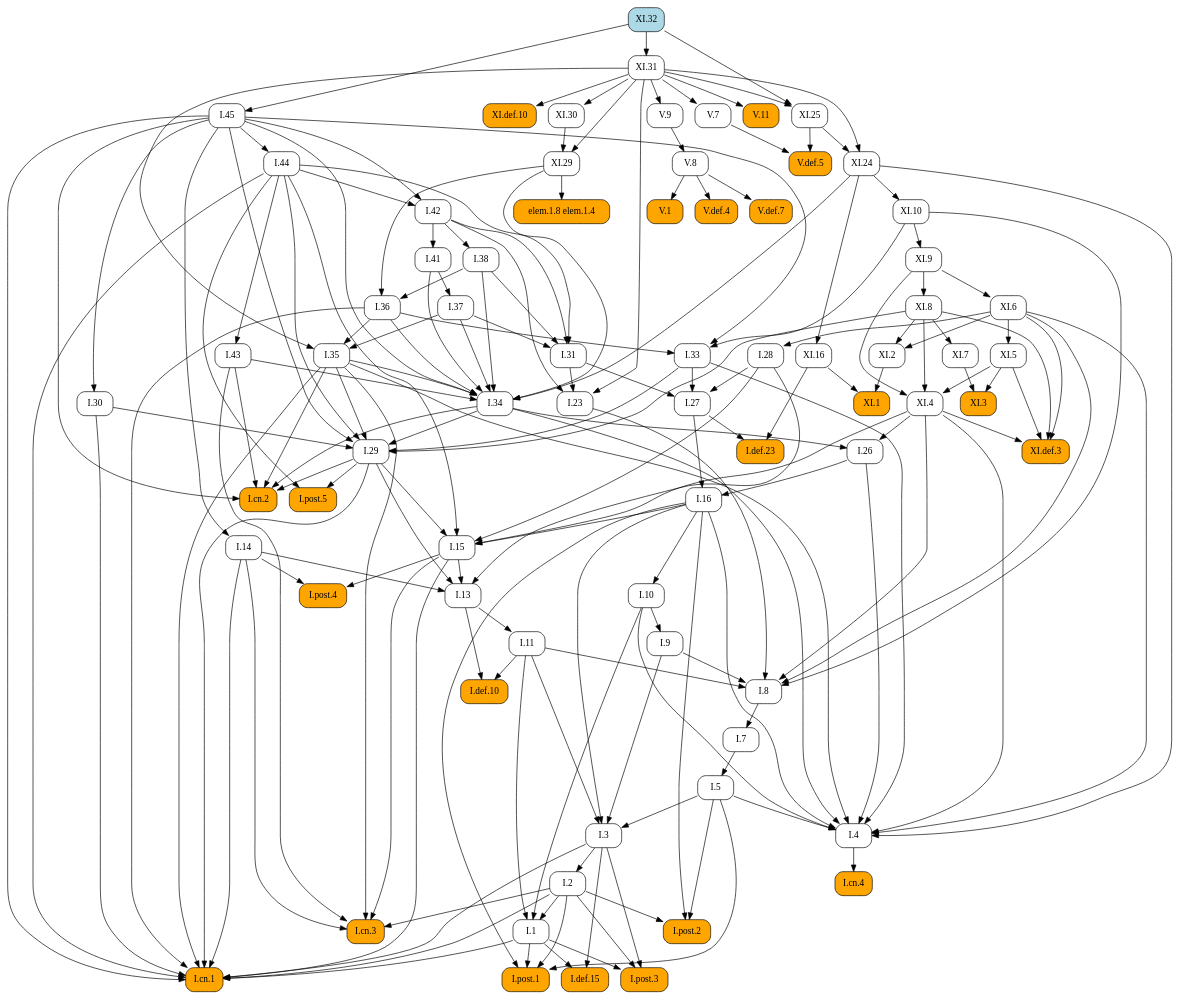
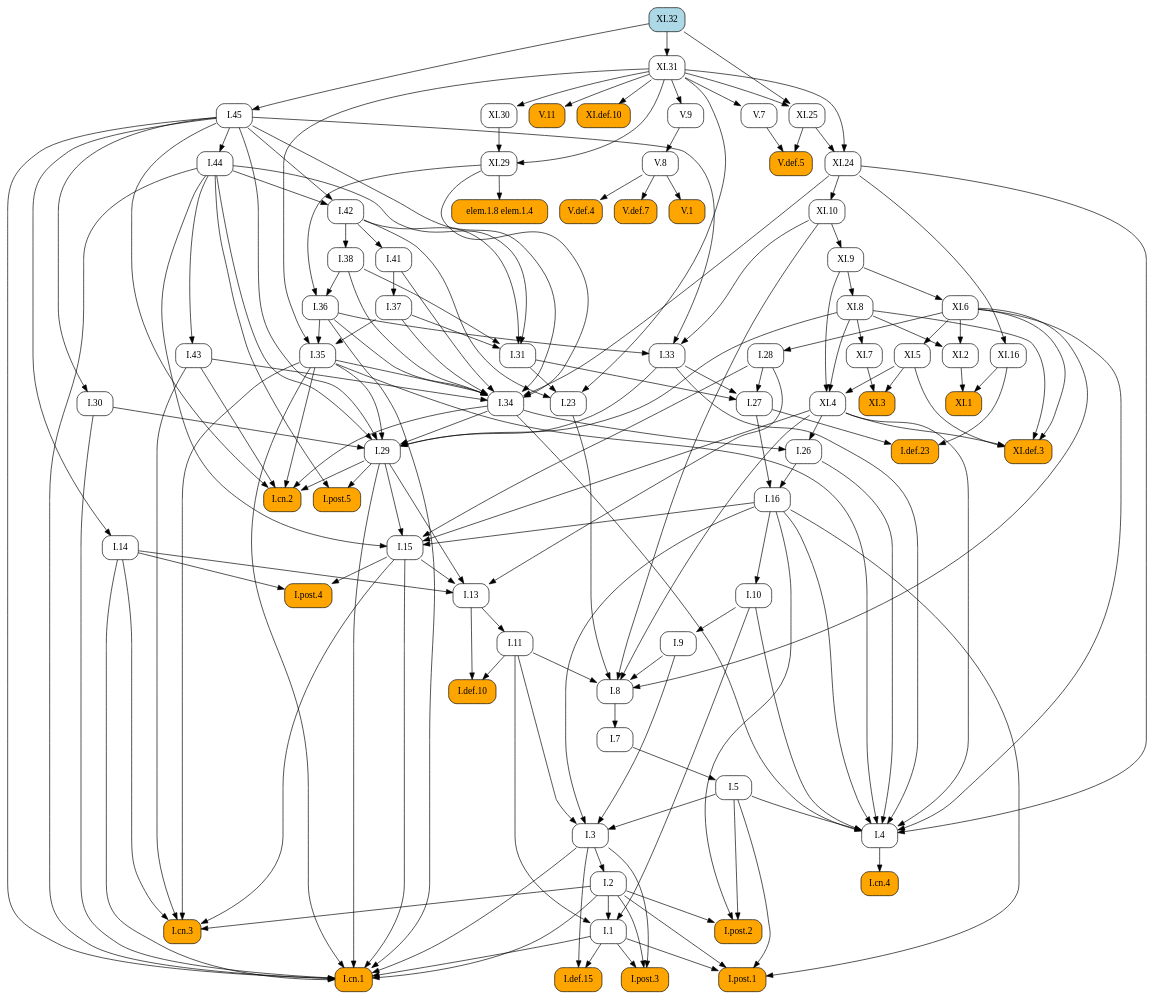
One commit to geometor/elements changed the diagram in docsrc/heath/XI/32/index.rst. Above: the diagram before and after it, drawn with Graphviz. The commit also changed other lines of this file and 484 other files, not shown here.

```diff
--- a/docsrc/heath/XI/32/index.rst
+++ b/docsrc/heath/XI/32/index.rst
@@ -36,117 +36,109 @@
    digraph {
      rankdir="TB";
      node [shape=box, style=rounded];
+     "I.23" [URL="/heath/I/23/", target="_top"];
+     "I.9" [URL="/heath/I/9/", target="_top"];
+     "I.def.15" [style="rounded,filled", fillcolor=orange, URL="/heath/I/def.15/", target="_top"];
+     "XI.24" [URL="/heath/XI/24/", target="_top"];
+     "V.7" [URL="/heath/V/7/", target="_top"];
+     "XI.6" [URL="/heath/XI/6/", target="_top"];
+     "I.post.1" [style="rounded,filled", fillcolor=orange, URL="/heath/I/post.1/", target="_top"];
+     "I.43" [URL="/heath/I/43/", target="_top"];
+     "V.9" [URL="/heath/V/9/", target="_top"];
+     "I.30" [URL="/heath/I/30/", target="_top"];
+     "I.31" [URL="/heath/I/31/", target="_top"];
      "I.def.10" [style="rounded,filled", fillcolor=orange, URL="/heath/I/def.10/", target="_top"];
+     "XI.def.3" [style="rounded,filled", fillcolor=orange, URL="/heath/XI/def.3/", target="_top"];
+     "XI.10" [URL="/heath/XI/10/", target="_top"];
+     "elem.1.8 elem.1.4" [style="rounded,filled", fillcolor=orange];
+     "I.14" [URL="/heath/I/14/", target="_top"];
+     "V.11" [style="rounded,filled", fillcolor=orange, URL="/heath/V/11/", target="_top"];
+     "I.34" [URL="/heath/I/34/", target="_top"];
+     "XI.2" [URL="/heath/XI/2/", target="_top"];
+     "I.3" [URL="/heath/I/3/", target="_top"];
+     "V.def.4" [style="rounded,filled", fillcolor=orange, URL="/heath/V/def.4/", target="_top"];
+     "XI.7" [URL="/heath/XI/7/", target="_top"];
+     "V.def.7" [style="rounded,filled", fillcolor=orange, URL="/heath/V/def.7/", target="_top"];
+     "I.2" [URL="/heath/I/2/", target="_top"];
+     "I.13" [URL="/heath/I/13/", target="_top"];
+     "I.post.4" [style="rounded,filled", fillcolor=orange, URL="/heath/I/post.4/", target="_top"];
+     "I.4" [URL="/heath/I/4/", target="_top"];
+     "I.1" [URL="/heath/I/1/", target="_top"];
+     "XI.16" [URL="/heath/XI/16/", target="_top"];
+     "I.8" [URL="/heath/I/8/", target="_top"];
+     "I.45" [URL="/heath/I/45/", target="_top"];
+     "I.29" [URL="/heath/I/29/", target="_top"];
+     "XI.31" [URL="/heath/XI/31/", target="_top"];
+     "XI.5" [URL="/heath/XI/5/", target="_top"];
+     "I.38" [URL="/heath/I/38/", target="_top"];
+     "V.8" [URL="/heath/V/8/", target="_top"];
+     "I.15" [URL="/heath/I/15/", target="_top"];
+     "I.10" [URL="/heath/I/10/", target="_top"];
      "I.11" [URL="/heath/I/11/", target="_top"];
-     "I.post.4" [style="rounded,filled", fillcolor=orange, URL="/heath/I/post.4/", target="_top"];
-     "I.1" [URL="/heath/I/1/", target="_top"];
+     "I.def.23" [style="rounded,filled", fillcolor=orange, URL="/heath/I/def.23/", target="_top"];
+     "I.44" [URL="/heath/I/44/", target="_top"];
+     "XI.1" [style="rounded,filled", fillcolor=orange, URL="/heath/XI/1/", target="_top"];
+     "I.26" [URL="/heath/I/26/", target="_top"];
+     "I.33" [URL="/heath/I/33/", target="_top"];
+     "XI.4" [URL="/heath/XI/4/", target="_top"];
+     "XI.8" [URL="/heath/XI/8/", target="_top"];
+     "I.post.3" [style="rounded,filled", fillcolor=orange, URL="/heath/I/post.3/", target="_top"];
+     "V.def.5" [style="rounded,filled", fillcolor=orange, URL="/heath/V/def.5/", target="_top"];
+     "XI.3" [style="rounded,filled", fillcolor=orange, URL="/heath/XI/3/", target="_top"];
+     "I.42" [URL="/heath/I/42/", target="_top"];
+     "XI.def.10" [style="rounded,filled", fillcolor=orange, URL="/heath/XI/def.10/", target="_top"];
+     "I.27" [URL="/heath/I/27/", target="_top"];
+     "I.35" [URL="/heath/I/35/", target="_top"];
+     "I.cn.1" [style="rounded,filled", fillcolor=orange, URL="/heath/I/cn.1/", target="_top"];
+     "I.7" [URL="/heath/I/7/", target="_top"];
+     "I.36" [URL="/heath/I/36/", target="_top"];
+     "I.5" [URL="/heath/I/5/", target="_top"];
+     "I.37" [URL="/heath/I/37/", target="_top"];
+     "I.cn.3" [style="rounded,filled", fillcolor=orange, URL="/heath/I/cn.3/", target="_top"];
+     "I.16" [URL="/heath/I/16/", target="_top"];
+     "XI.29" [URL="/heath/XI/29/", target="_top"];
+     "V.1" [style="rounded,filled", fillcolor=orange, URL="/heath/V/1/", target="_top"];
+     "XI.9" [URL="/heath/XI/9/", target="_top"];
+     "I.cn.2" [style="rounded,filled", fillcolor=orange, URL="/heath/I/cn.2/", target="_top"];
+     "I.post.5" [style="rounded,filled", fillcolor=orange, URL="/heath/I/post.5/", target="_top"];
      "I.28" [URL="/heath/I/28/", target="_top"];
-     "XI.7" [URL="/heath/XI/7/", target="_top"];
-     "V.def.5" [style="rounded,filled", fillcolor=orange, URL="/heath/V/def.5/", target="_top"];
-     "XI.9" [URL="/heath/XI/9/", target="_top"];
-     "XI.8" [URL="/heath/XI/8/", target="_top"];
-     "V.11" [style="rounded,filled", fillcolor=orange, URL="/heath/V/11/", target="_top"];
-     "I.post.3" [style="rounded,filled", fillcolor=orange, URL="/heath/I/post.3/", target="_top"];
-     "XI.1" [style="rounded,filled", fillcolor=orange, URL="/heath/XI/1/", target="_top"];
-     "I.cn.3" [style="rounded,filled", fillcolor=orange, URL="/heath/I/cn.3/", target="_top"];
+     "I.cn.4" [style="rounded,filled", fillcolor=orange, URL="/heath/I/cn.4/", target="_top"];
+     "I.41" [URL="/heath/I/41/", target="_top"];
+     "I.post.2" [style="rounded,filled", fillcolor=orange, URL="/heath/I/post.2/", target="_top"];
+     "XI.30" [URL="/heath/XI/30/", target="_top"];
+     "XI.32" [style="rounded,filled", fillcolor=lightblue, URL="/heath/XI/32/", target="_top"];
      "XI.25" [URL="/heath/XI/25/", target="_top"];
-     "I.14" [URL="/heath/I/14/", target="_top"];
-     "XI.2" [URL="/heath/XI/2/", target="_top"];
-     "XI.16" [URL="/heath/XI/16/", target="_top"];
-     "XI.31" [URL="/heath/XI/31/", target="_top"];
-     "I.27" [URL="/heath/I/27/", target="_top"];
-     "I.41" [URL="/heath/I/41/", target="_top"];
-     "V.8" [URL="/heath/V/8/", target="_top"];
-     "I.36" [URL="/heath/I/36/", target="_top"];
-     "I.34" [URL="/heath/I/34/", target="_top"];
-     "I.37" [URL="/heath/I/37/", target="_top"];
-     "I.2" [URL="/heath/I/2/", target="_top"];
-     "I.def.23" [style="rounded,filled", fillcolor=orange, URL="/heath/I/def.23/", target="_top"];
-     "elem.1.8 elem.1.4" [style="rounded,filled", fillcolor=orange];
-     "XI.32" [style="rounded,filled", fillcolor=lightblue, URL="/heath/XI/32/", target="_top"];
-     "I.33" [URL="/heath/I/33/", target="_top"];
-     "I.post.2" [style="rounded,filled", fillcolor=orange, URL="/heath/I/post.2/", target="_top"];
-     "I.45" [URL="/heath/I/45/", target="_top"];
-     "I.42" [URL="/heath/I/42/", target="_top"];
-     "I.9" [URL="/heath/I/9/", target="_top"];
-     "I.cn.4" [style="rounded,filled", fillcolor=orange, URL="/heath/I/cn.4/", target="_top"];
-     "V.def.4" [style="rounded,filled", fillcolor=orange, URL="/heath/V/def.4/", target="_top"];
-     "I.15" [URL="/heath/I/15/", target="_top"];
-     "I.38" [URL="/heath/I/38/", target="_top"];
-     "V.def.7" [style="rounded,filled", fillcolor=orange, URL="/heath/V/def.7/", target="_top"];
-     "I.5" [URL="/heath/I/5/", target="_top"];
-     "XI.def.3" [style="rounded,filled", fillcolor=orange, URL="/heath/XI/def.3/", target="_top"];
-     "I.26" [URL="/heath/I/26/", target="_top"];
-     "I.29" [URL="/heath/I/29/", target="_top"];
-     "I.cn.2" [style="rounded,filled", fillcolor=orange, URL="/heath/I/cn.2/", target="_top"];
-     "XI.30" [URL="/heath/XI/30/", target="_top"];
-     "I.def.15" [style="rounded,filled", fillcolor=orange, URL="/heath/I/def.15/", target="_top"];
-     "XI.5" [URL="/heath/XI/5/", target="_top"];
-     "I.cn.1" [style="rounded,filled", fillcolor=orange, URL="/heath/I/cn.1/", target="_top"];
-     "I.30" [URL="/heath/I/30/", target="_top"];
-     "V.7" [URL="/heath/V/7/", target="_top"];
-     "XI.29" [URL="/heath/XI/29/", target="_top"];
-     "V.9" [URL="/heath/V/9/", target="_top"];
-     "I.23" [URL="/heath/I/23/", target="_top"];
-     "I.43" [URL="/heath/I/43/", target="_top"];
-     "I.post.1" [style="rounded,filled", fillcolor=orange, URL="/heath/I/post.1/", target="_top"];
-     "XI.6" [URL="/heath/XI/6/", target="_top"];
-     "I.35" [URL="/heath/I/35/", target="_top"];
-     "I.7" [URL="/heath/I/7/", target="_top"];
-     "I.3" [URL="/heath/I/3/", target="_top"];
-     "I.4" [URL="/heath/I/4/", target="_top"];
-     "I.13" [URL="/heath/I/13/", target="_top"];
-     "XI.def.10" [style="rounded,filled", fillcolor=orange, URL="/heath/XI/def.10/", target="_top"];
-     "I.31" [URL="/heath/I/31/", target="_top"];
-     "V.1" [style="rounded,filled", fillcolor=orange, URL="/heath/V/1/", target="_top"];
-     "I.16" [URL="/heath/I/16/", target="_top"];
-     "I.8" [URL="/heath/I/8/", target="_top"];
-     "XI.4" [URL="/heath/XI/4/", target="_top"];
-     "XI.24" [URL="/heath/XI/24/", target="_top"];
-     "I.44" [URL="/heath/I/44/", target="_top"];
-     "I.post.5" [style="rounded,filled", fillcolor=orange, URL="/heath/I/post.5/", target="_top"];
-     "I.10" [URL="/heath/I/10/", target="_top"];
-     "XI.10" [URL="/heath/XI/10/", target="_top"];
-     "XI.3" [style="rounded,filled", fillcolor=orange, URL="/heath/XI/3/", target="_top"];
+     "I.31" -> "I.23";
+     "I.42" -> "I.23";
+     "XI.31" -> "I.23";
+     "I.10" -> "I.9";
+     "I.1" -> "I.def.15";
+     "I.3" -> "I.def.15";
+     "XI.25" -> "XI.24";
+     "XI.31" -> "XI.24";
+     "XI.31" -> "V.7";
+     "XI.9" -> "XI.6";
+     "I.1" -> "I.post.1";
+     "I.2" -> "I.post.1";
+     "I.5" -> "I.post.1";
+     "I.16" -> "I.post.1";
+     "I.44" -> "I.43";
+     "XI.31" -> "V.9";
+     "I.45" -> "I.30";
+     "I.37" -> "I.31";
+     "I.38" -> "I.31";
+     "I.42" -> "I.31";
+     "I.44" -> "I.31";
      "I.11" -> "I.def.10";
      "I.13" -> "I.def.10";
-     "I.13" -> "I.11";
-     "I.14" -> "I.post.4";
-     "I.15" -> "I.post.4";
-     "I.2" -> "I.1";
-     "I.10" -> "I.1";
-     "I.11" -> "I.1";
-     "XI.6" -> "I.28";
-     "XI.8" -> "XI.7";
-     "V.7" -> "V.def.5";
-     "XI.25" -> "V.def.5";
-     "XI.10" -> "XI.9";
-     "XI.9" -> "XI.8";
+     "XI.4" -> "XI.def.3";
+     "XI.5" -> "XI.def.3";
+     "XI.6" -> "XI.def.3";
+     "XI.8" -> "XI.def.3";
+     "XI.24" -> "XI.10";
+     "XI.29" -> "elem.1.8 elem.1.4";
+     "I.45" -> "I.14";
      "XI.31" -> "V.11";
-     "I.1" -> "I.post.3";
-     "I.2" -> "I.post.3";
-     "I.3" -> "I.post.3";
-     "XI.2" -> "XI.1";
-     "XI.16" -> "XI.1";
-     "I.2" -> "I.cn.3";
-     "I.14" -> "I.cn.3";
-     "I.15" -> "I.cn.3";
-     "I.35" -> "I.cn.3";
-     "I.43" -> "I.cn.3";
-     "XI.31" -> "XI.25";
-     "XI.32" -> "XI.25";
-     "I.45" -> "I.14";
-     "XI.6" -> "XI.2";
-     "XI.8" -> "XI.2";
-     "XI.24" -> "XI.16";
-     "XI.32" -> "XI.31";
-     "I.28" -> "I.27";
-     "I.31" -> "I.27";
-     "I.33" -> "I.27";
-     "I.42" -> "I.41";
-     "V.9" -> "V.8";
-     "I.38" -> "I.36";
-     "XI.29" -> "I.36";
      "I.35" -> "I.34";
      "I.36" -> "I.34";
      "I.37" -> "I.34";
@@ -156,37 +148,43 @@
      "I.45" -> "I.34";
      "XI.24" -> "I.34";
      "XI.29" -> "I.34";
-     "I.41" -> "I.37";
+     "XI.6" -> "XI.2";
+     "XI.8" -> "XI.2";
+     "I.5" -> "I.3";
+     "I.9" -> "I.3";
+     "I.11" -> "I.3";
+     "I.16" -> "I.3";
+     "V.8" -> "V.def.4";
+     "XI.8" -> "XI.7";
+     "V.8" -> "V.def.7";
      "I.3" -> "I.2";
-     "I.27" -> "I.def.23";
-     "XI.16" -> "I.def.23";
-     "XI.29" -> "elem.1.8 elem.1.4";
-     "I.36" -> "I.33";
-     "I.45" -> "I.33";
-     "XI.10" -> "I.33";
-     "I.2" -> "I.post.2";
-     "I.5" -> "I.post.2";
-     "I.16" -> "I.post.2";
+     "I.14" -> "I.13";
+     "I.15" -> "I.13";
+     "I.28" -> "I.13";
+     "I.29" -> "I.13";
+     "I.14" -> "I.post.4";
+     "I.15" -> "I.post.4";
+     "I.5" -> "I.4";
+     "I.10" -> "I.4";
+     "I.16" -> "I.4";
+     "I.26" -> "I.4";
+     "I.33" -> "I.4";
+     "I.34" -> "I.4";
+     "I.35" -> "I.4";
+     "XI.4" -> "I.4";
+     "XI.6" -> "I.4";
+     "XI.24" -> "I.4";
+     "I.2" -> "I.1";
+     "I.10" -> "I.1";
+     "I.11" -> "I.1";
+     "XI.24" -> "XI.16";
+     "I.9" -> "I.8";
+     "I.11" -> "I.8";
+     "I.23" -> "I.8";
+     "XI.4" -> "I.8";
+     "XI.6" -> "I.8";
+     "XI.10" -> "I.8";
      "XI.32" -> "I.45";
-     "I.44" -> "I.42";
-     "I.45" -> "I.42";
-     "I.10" -> "I.9";
-     "I.4" -> "I.cn.4";
-     "V.8" -> "V.def.4";
-     "I.16" -> "I.15";
-     "I.28" -> "I.15";
-     "I.29" -> "I.15";
-     "I.44" -> "I.15";
-     "XI.4" -> "I.15";
-     "I.42" -> "I.38";
-     "V.8" -> "V.def.7";
-     "I.7" -> "I.5";
-     "XI.4" -> "XI.def.3";
-     "XI.5" -> "XI.def.3";
-     "XI.6" -> "XI.def.3";
-     "XI.8" -> "XI.def.3";
-     "I.34" -> "I.26";
-     "XI.4" -> "I.26";
      "I.30" -> "I.29";
      "I.33" -> "I.29";
      "I.34" -> "I.29";
@@ -194,15 +192,47 @@
      "I.44" -> "I.29";
      "I.45" -> "I.29";
      "XI.8" -> "I.29";
-     "I.29" -> "I.cn.2";
-     "I.34" -> "I.cn.2";
-     "I.35" -> "I.cn.2";
-     "I.43" -> "I.cn.2";
-     "I.45" -> "I.cn.2";
-     "XI.31" -> "XI.30";
-     "I.1" -> "I.def.15";
-     "I.3" -> "I.def.15";
+     "XI.32" -> "XI.31";
      "XI.6" -> "XI.5";
+     "I.42" -> "I.38";
+     "V.9" -> "V.8";
+     "I.16" -> "I.15";
+     "I.28" -> "I.15";
+     "I.29" -> "I.15";
+     "I.44" -> "I.15";
+     "XI.4" -> "I.15";
+     "I.16" -> "I.10";
+     "I.13" -> "I.11";
+     "I.27" -> "I.def.23";
+     "XI.16" -> "I.def.23";
+     "I.45" -> "I.44";
+     "XI.2" -> "XI.1";
+     "XI.16" -> "XI.1";
+     "I.34" -> "I.26";
+     "XI.4" -> "I.26";
+     "I.36" -> "I.33";
+     "I.45" -> "I.33";
+     "XI.10" -> "I.33";
+     "XI.5" -> "XI.4";
+     "XI.8" -> "XI.4";
+     "XI.9" -> "XI.4";
+     "XI.9" -> "XI.8";
+     "I.1" -> "I.post.3";
+     "I.2" -> "I.post.3";
+     "I.3" -> "I.post.3";
+     "V.7" -> "V.def.5";
+     "XI.25" -> "V.def.5";
+     "XI.5" -> "XI.3";
+     "XI.7" -> "XI.3";
+     "I.44" -> "I.42";
+     "I.45" -> "I.42";
+     "XI.31" -> "XI.def.10";
+     "I.28" -> "I.27";
+     "I.31" -> "I.27";
+     "I.33" -> "I.27";
+     "I.36" -> "I.35";
+     "I.37" -> "I.35";
+     "XI.31" -> "I.35";
      "I.1" -> "I.cn.1";
      "I.2" -> "I.cn.1";
      "I.3" -> "I.cn.1";
@@ -214,66 +244,36 @@
      "I.36" -> "I.cn.1";
      "I.44" -> "I.cn.1";
      "I.45" -> "I.cn.1";
-     "I.45" -> "I.30";
-     "XI.31" -> "V.7";
+     "I.8" -> "I.7";
+     "I.38" -> "I.36";
+     "XI.29" -> "I.36";
+     "I.7" -> "I.5";
+     "I.41" -> "I.37";
+     "I.2" -> "I.cn.3";
+     "I.14" -> "I.cn.3";
+     "I.15" -> "I.cn.3";
+     "I.35" -> "I.cn.3";
+     "I.43" -> "I.cn.3";
+     "I.26" -> "I.16";
+     "I.27" -> "I.16";
      "XI.30" -> "XI.29";
      "XI.31" -> "XI.29";
-     "XI.31" -> "V.9";
-     "I.31" -> "I.23";
-     "I.42" -> "I.23";
-     "XI.31" -> "I.23";
-     "I.44" -> "I.43";
-     "I.1" -> "I.post.1";
-     "I.2" -> "I.post.1";
-     "I.5" -> "I.post.1";
-     "I.16" -> "I.post.1";
-     "XI.9" -> "XI.6";
-     "I.36" -> "I.35";
-     "I.37" -> "I.35";
-     "XI.31" -> "I.35";
-     "I.8" -> "I.7";
-     "I.5" -> "I.3";
-     "I.9" -> "I.3";
-     "I.11" -> "I.3";
-     "I.16" -> "I.3";
-     "I.5" -> "I.4";
-     "I.10" -> "I.4";
-     "I.16" -> "I.4";
-     "I.26" -> "I.4";
-     "I.33" -> "I.4";
-     "I.34" -> "I.4";
-     "I.35" -> "I.4";
-     "XI.4" -> "I.4";
-     "XI.6" -> "I.4";
-     "XI.24" -> "I.4";
-     "I.14" -> "I.13";
-     "I.15" -> "I.13";
-     "I.28" -> "I.13";
-     "I.29" -> "I.13";
-     "XI.31" -> "XI.def.10";
-     "I.37" -> "I.31";
-     "I.38" -> "I.31";
-     "I.42" -> "I.31";
-     "I.44" -> "I.31";
      "V.8" -> "V.1";
-     "I.26" -> "I.16";
-     "I.27" -> "I.16";
-     "I.9" -> "I.8";
-     "I.11" -> "I.8";
-     "I.23" -> "I.8";
-     "XI.4" -> "I.8";
-     "XI.6" -> "I.8";
-     "XI.10" -> "I.8";
-     "XI.5" -> "XI.4";
-     "XI.8" -> "XI.4";
-     "XI.9" -> "XI.4";
-     "XI.25" -> "XI.24";
-     "XI.31" -> "XI.24";
-     "I.45" -> "I.44";
+     "XI.10" -> "XI.9";
+     "I.29" -> "I.cn.2";
+     "I.34" -> "I.cn.2";
+     "I.35" -> "I.cn.2";
+     "I.43" -> "I.cn.2";
+     "I.45" -> "I.cn.2";
      "I.29" -> "I.post.5";
      "I.44" -> "I.post.5";
-     "I.16" -> "I.10";
-     "XI.24" -> "XI.10";
-     "XI.5" -> "XI.3";
-     "XI.7" -> "XI.3";
+     "XI.6" -> "I.28";
+     "I.4" -> "I.cn.4";
+     "I.42" -> "I.41";
+     "I.2" -> "I.post.2";
+     "I.5" -> "I.post.2";
+     "I.16" -> "I.post.2";
+     "XI.31" -> "XI.30";
+     "XI.31" -> "XI.25";
+     "XI.32" -> "XI.25";
    }
```
